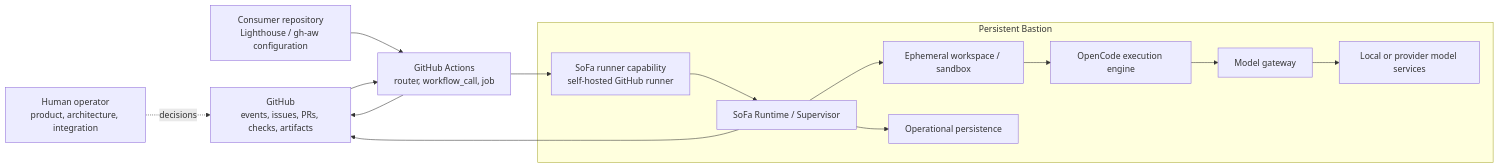
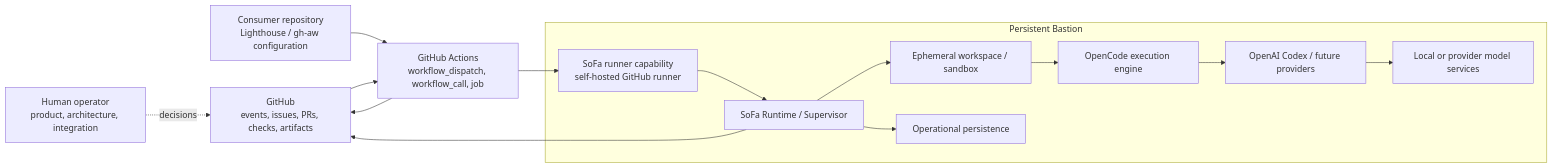
One commit to juangcarmona/sofa changed the first of 2 diagrams in docs/architecture/03-context-and-scope/README.md. Above: the diagram before and after it, drawn with Mermaid. The commit also changed other lines of this file and 20 other files, not shown here.

Commit message:
docs(14): reconcile accepted factory architecture and pilot (#15)

````diff
--- a/docs/architecture/03-context-and-scope/README.md
+++ b/docs/architecture/03-context-and-scope/README.md
@@ -13,30 +13,31 @@
 ```mermaid
 flowchart LR
+    accTitle: SoFa system context and external boundaries
     Operator["Human operator\nproduct, architecture, integration"]
     Repo["Consumer repository\nLighthouse / gh-aw configuration"]
     GitHub["GitHub\nevents, issues, PRs, checks, artifacts"]
-    Actions["GitHub Actions\nrouter, workflow_call, job"]
+    Actions["GitHub Actions\nworkflow_dispatch, workflow_call, job"]
 
     subgraph Bastion["Persistent Bastion"]
         SoFa["SoFa Runtime / Supervisor"]
         Runner["SoFa runner capability\nself-hosted GitHub runner"]
         Sandbox["Ephemeral workspace / sandbox"]
         Engine["OpenCode execution engine"]
-        Gateway["Model gateway"]
+        Provider["OpenAI Codex / future providers"]
         Models["Local or provider model services"]
         Store["Operational persistence"]
     end
 
     Operator -. decisions .-> GitHub
     Repo --> Actions
     GitHub --> Actions
     Actions --> Runner
     Runner --> SoFa
     SoFa --> Sandbox
     Sandbox --> Engine
-    Engine --> Gateway
-    Gateway --> Models
+    Engine --> Provider
+    Provider --> Models
     SoFa --> Store
     Actions --> GitHub
     SoFa --> GitHub
 ```
````
